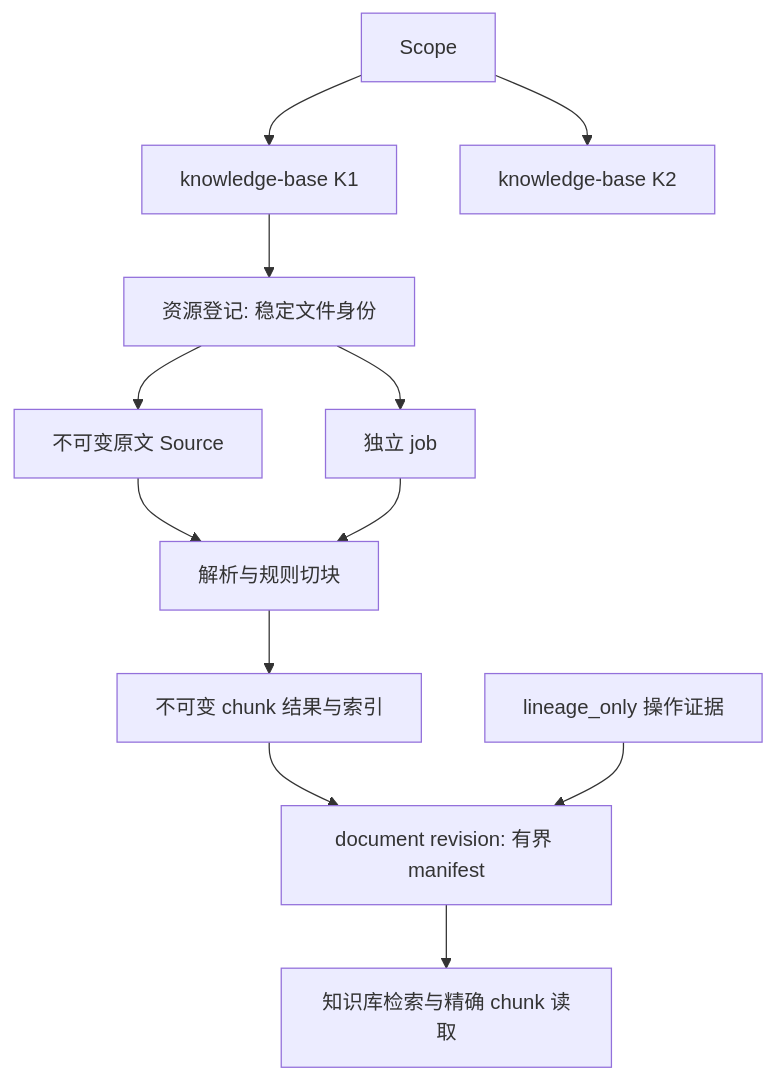
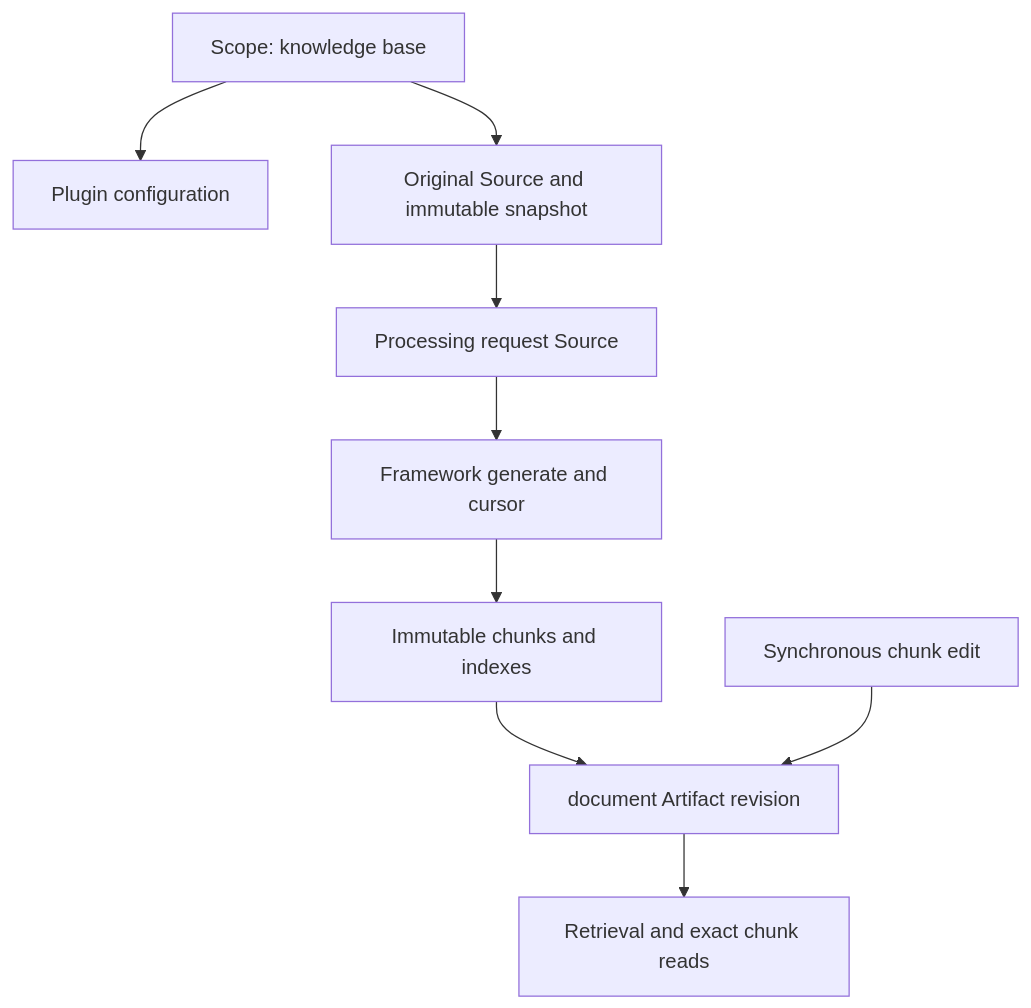
Before and after one commit to oceanbase/powercontext: the diagram in docs/zh/rfcs/2570-knowledge-base.md, drawn with Mermaid. The commit also changed other lines of this file and 1 other file, not shown here.

Commit message:
docs(rfc): align knowledge bases with scope plugin contracts

````diff
--- a/docs/zh/rfcs/2570-knowledge-base.md
+++ b/docs/zh/rfcs/2570-knowledge-base.md
@@ -56,14 +57,11 @@
 ```mermaid
 flowchart TD
-  S[Scope] --> K1[knowledge-base K1]
-  S --> K2[knowledge-base K2]
-  K1 --> R[资源登记: 稳定文件身份]
-  R --> O[不可变原文 Source]
-  R --> J[独立 job]
-  O --> P[解析与规则切块]
-  J --> P
-  P --> C[不可变 chunk 结果与索引]
-  C --> D[document revision: 有界 manifest]
-  E[lineage_only 操作证据] --> D
-  D --> Q[知识库检索与精确 chunk 读取]
+  S[Scope: knowledge base] --> C[Plugin configuration]
+  S --> O[Original Source and immutable snapshot]
+  O --> R[Processing request Source]
+  R --> G[Framework generate and cursor]
+  G --> I[Immutable chunks and indexes]
+  I --> D[document Artifact revision]
+  U[Synchronous chunk edit] --> D
+  D --> Q[Retrieval and exact chunk reads]
 ```
````
